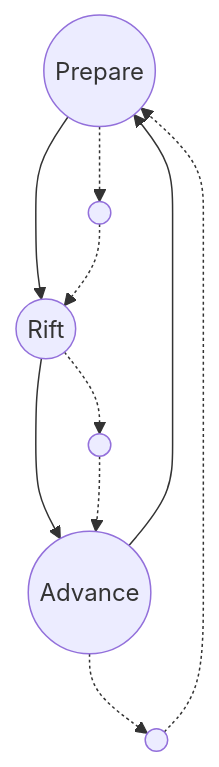
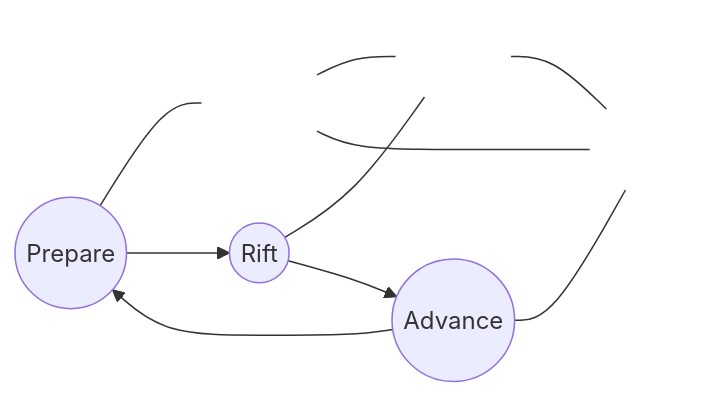
One commit to Wanderers-Of-The-Rift/wotr-docs changed the first of 2 diagrams in website/docs/design/GameDesignDocument.mdx. Above: the diagram before and after it, drawn with Mermaid.

Commit message:
style: Core Loop Style Change feat: n/a refactor: n/a fix: n/a

````diff
--- a/website/docs/design/GameDesignDocument.mdx
+++ b/website/docs/design/GameDesignDocument.mdx
@@ -68,13 +68,18 @@
 ```mermaid
-flowchart TB
-    A((Prepare)) --> B((Rift))
-    B --> C((Advance))
-    C --> A
+flowchart LR
+  classDef invis fill:transparent,stroke-width:0,color:transparent;
+  A1:::invis --- B1:::invis --- C1:::invis --- A1
 
-    A -.-> D(( ))
-    D -.-> B
-    B -.-> E(( ))
-    E -.-> C
-    C -.-> F(( ))
-    F -.-> A
+  A((Prepare))
+  B((Rift))
+  C((Advance))
+
+  A --- A1
+  B --- B1
+  C --- C1
+
+  A --> B
+  B --> C
+  C --> A
+
 ```
````
